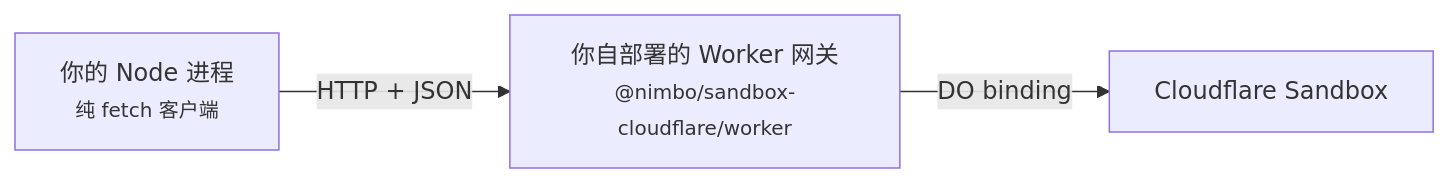
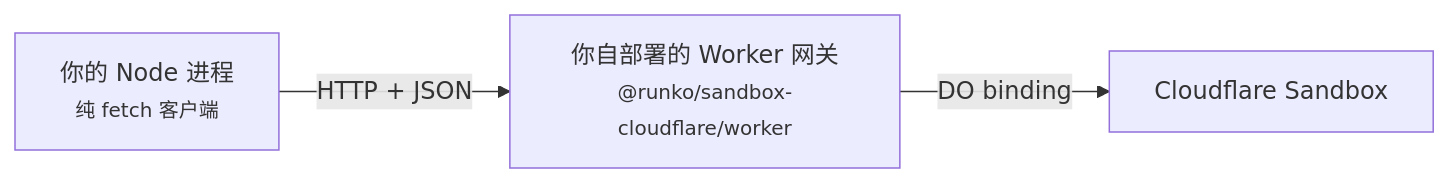
One commit to ludafa/runko changed the diagram in docs/host/cloudflare/features/deployment.md. Above: the diagram before and after it, drawn with Mermaid. The commit also changed other lines of this file and 450 other files, not shown here.

First line of the commit message:
refactor: 全仓库改名 nimbo → runko，库表名改用 agent_ 前缀

````diff
--- a/docs/host/cloudflare/features/deployment.md
+++ b/docs/host/cloudflare/features/deployment.md
@@ -49,7 +49,7 @@
 ```mermaid
 flowchart LR
     N["你的 Node 进程<br/><small>纯 fetch 客户端</small>"]
-    G["你自部署的 Worker 网关<br/><small>@nimbo/sandbox-cloudflare/worker</small>"]
+    G["你自部署的 Worker 网关<br/><small>@runko/sandbox-cloudflare/worker</small>"]
     S["Cloudflare Sandbox"]
     N -->|"HTTP + JSON"| G -->|"DO binding"| S
 ```
````
